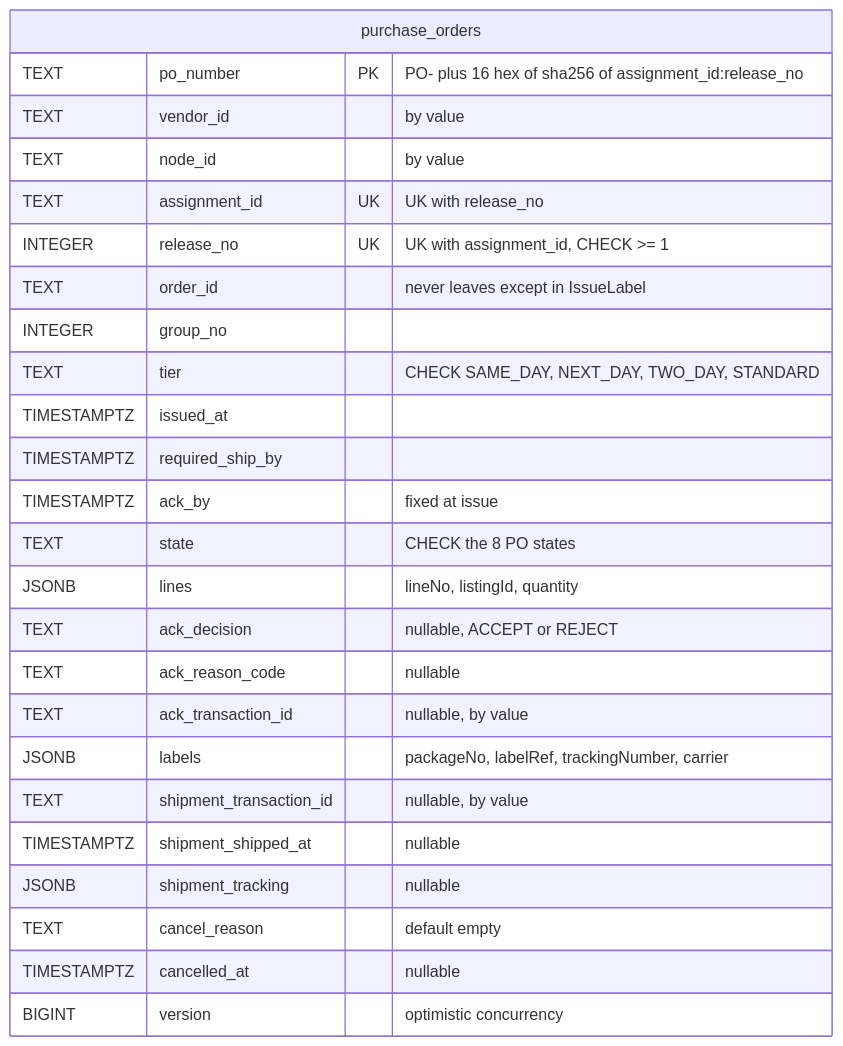
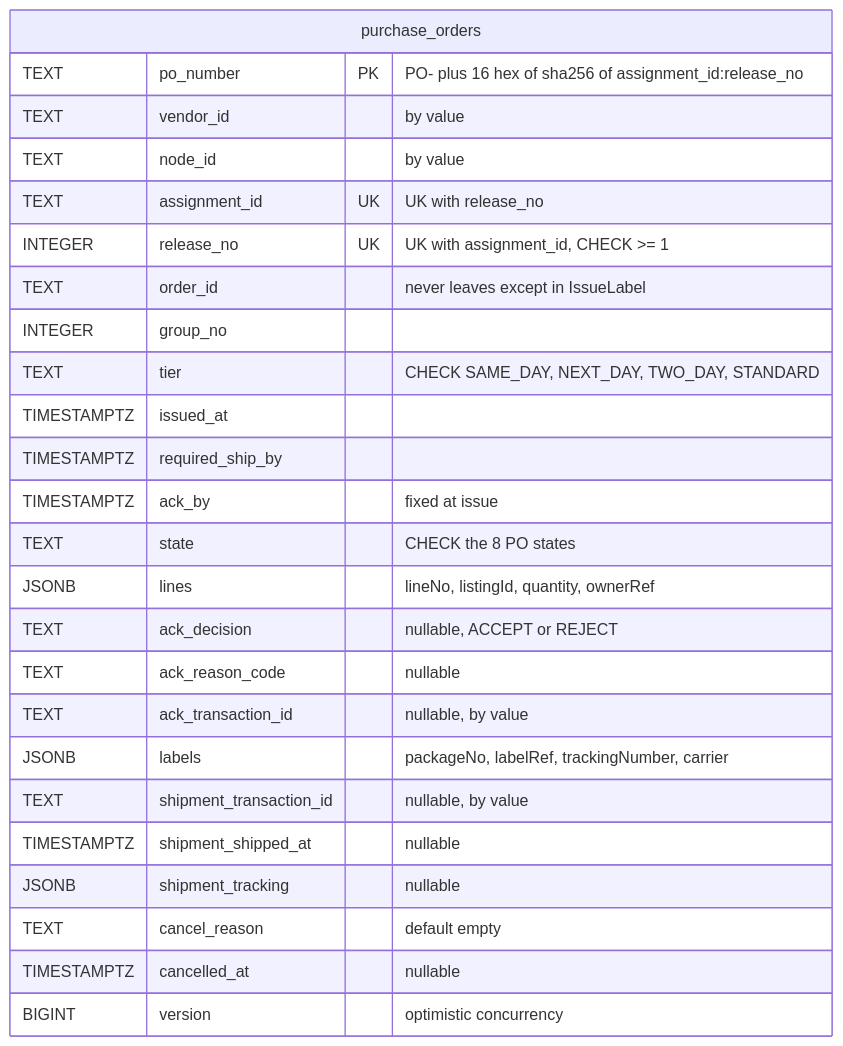
Before and after one commit to IQVO/vendor-connectivity: the second of 5 diagrams in docs/docs/ddd/entity-relationship.md, drawn with Mermaid. The commit also changed 11 other files, not shown here.

First line of the commit message:
feat(api): Vendor API purchase-order lines expose optional ownerRef

````diff
--- a/docs/docs/ddd/entity-relationship.md
+++ b/docs/docs/ddd/entity-relationship.md
@@ -41,28 +41,28 @@
 ```mermaid
 erDiagram
     purchase_orders {
         TEXT po_number PK "PO- plus 16 hex of sha256 of assignment_id:release_no"
         TEXT vendor_id "by value"
         TEXT node_id "by value"
         TEXT assignment_id UK "UK with release_no"
         INTEGER release_no UK "UK with assignment_id, CHECK >= 1"
         TEXT order_id "never leaves except in IssueLabel"
         INTEGER group_no
         TEXT tier "CHECK SAME_DAY, NEXT_DAY, TWO_DAY, STANDARD"
         TIMESTAMPTZ issued_at
         TIMESTAMPTZ required_ship_by
         TIMESTAMPTZ ack_by "fixed at issue"
         TEXT state "CHECK the 8 PO states"
-        JSONB lines "lineNo, listingId, quantity"
+        JSONB lines "lineNo, listingId, quantity, ownerRef"
         TEXT ack_decision "nullable, ACCEPT or REJECT"
         TEXT ack_reason_code "nullable"
         TEXT ack_transaction_id "nullable, by value"
         JSONB labels "packageNo, labelRef, trackingNumber, carrier"
         TEXT shipment_transaction_id "nullable, by value"
         TIMESTAMPTZ shipment_shipped_at "nullable"
         JSONB shipment_tracking "nullable"
         TEXT cancel_reason "default empty"
         TIMESTAMPTZ cancelled_at "nullable"
         BIGINT version "optimistic concurrency"
     }
 ```
````
